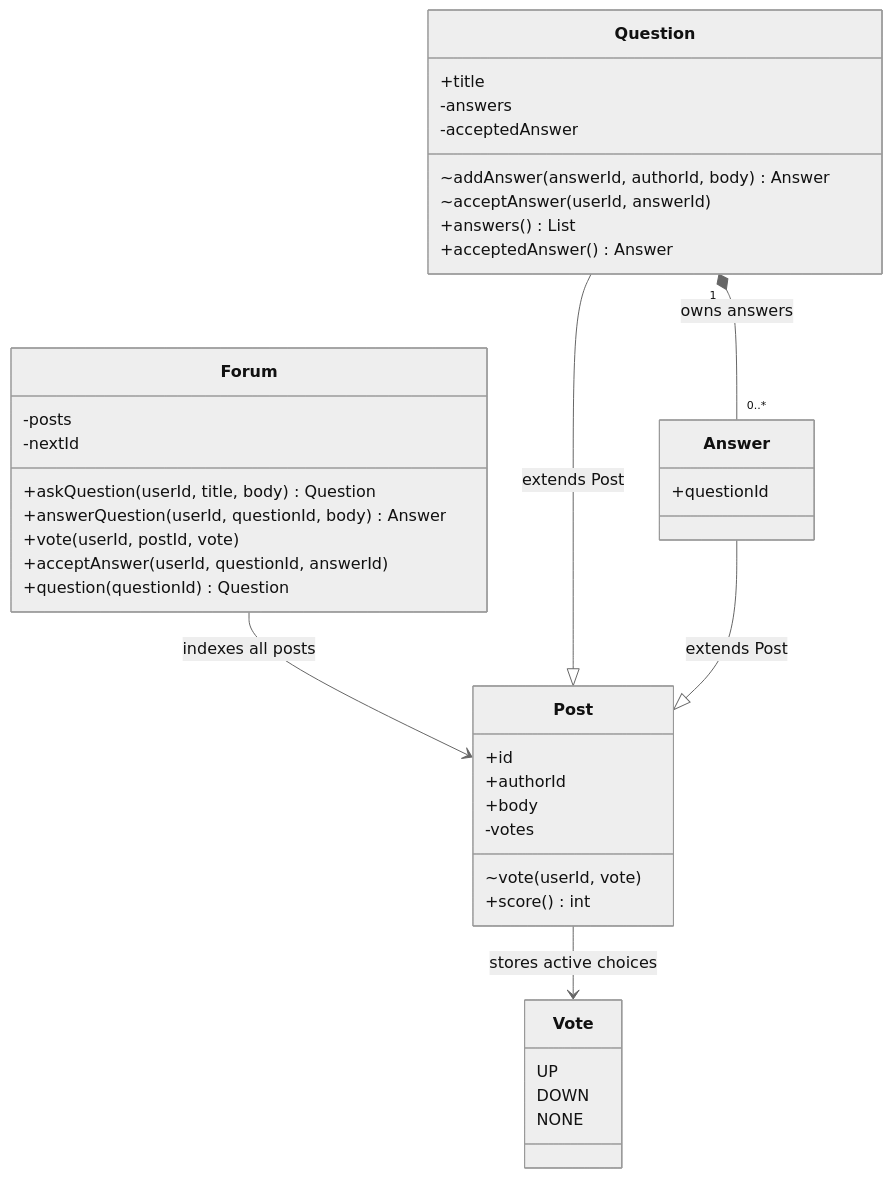
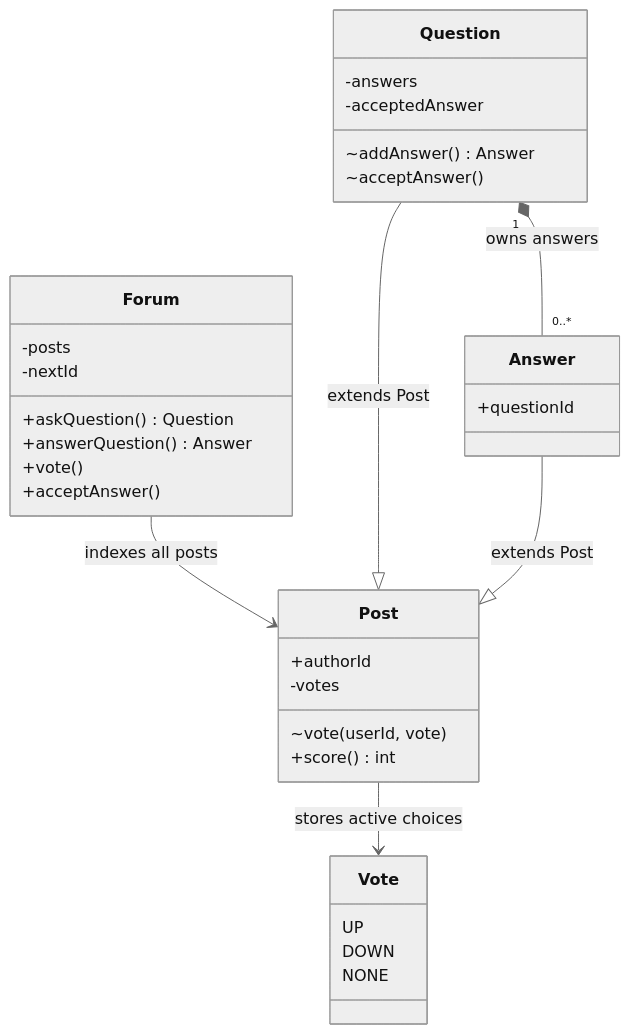
Before and after one commit to aks2507/useful-ai-skills-and-agents: the diagram in skills/craft-lld-interview-article/generated-content/stack-overflow/stack-overflow-mid-level.md, drawn with Mermaid (neutral theme). The commit also changed other lines of this file and 27 other files, not shown here.

````diff
--- a/skills/craft-lld-interview-article/generated-content/stack-overflow/stack-overflow-mid-level.md
+++ b/skills/craft-lld-interview-article/generated-content/stack-overflow/stack-overflow-mid-level.md
@@ -265,42 +229,36 @@
 ```mermaid
 classDiagram
     class Forum {
       -posts
       -nextId
-      +askQuestion(userId, title, body) Question
-      +answerQuestion(userId, questionId, body) Answer
-      +vote(userId, postId, vote)
-      +acceptAnswer(userId, questionId, answerId)
-      +question(questionId) Question
+      +askQuestion() Question
+      +answerQuestion() Answer
+      +vote()
+      +acceptAnswer()
+    }
+    class Vote {
+      UP
+      DOWN
+      NONE
     }
     class Post {
-      +id
       +authorId
-      +body
       -votes
       ~vote(userId, vote)
       +score() int
     }
     class Question {
-      +title
       -answers
       -acceptedAnswer
-      ~addAnswer(answerId, authorId, body) Answer
-      ~acceptAnswer(userId, answerId)
-      +answers() List
-      +acceptedAnswer() Answer
+      ~addAnswer() Answer
+      ~acceptAnswer()
     }
     class Answer {
       +questionId
-    }
-    class Vote {
-      UP
-      DOWN
-      NONE
     }
     Forum --> Post : indexes all posts
     Question --|> Post : extends Post
     Answer --|> Post : extends Post
     Question "1" *-- "0..*" Answer : owns answers
     Post --> Vote : stores active choices
 ```
````
